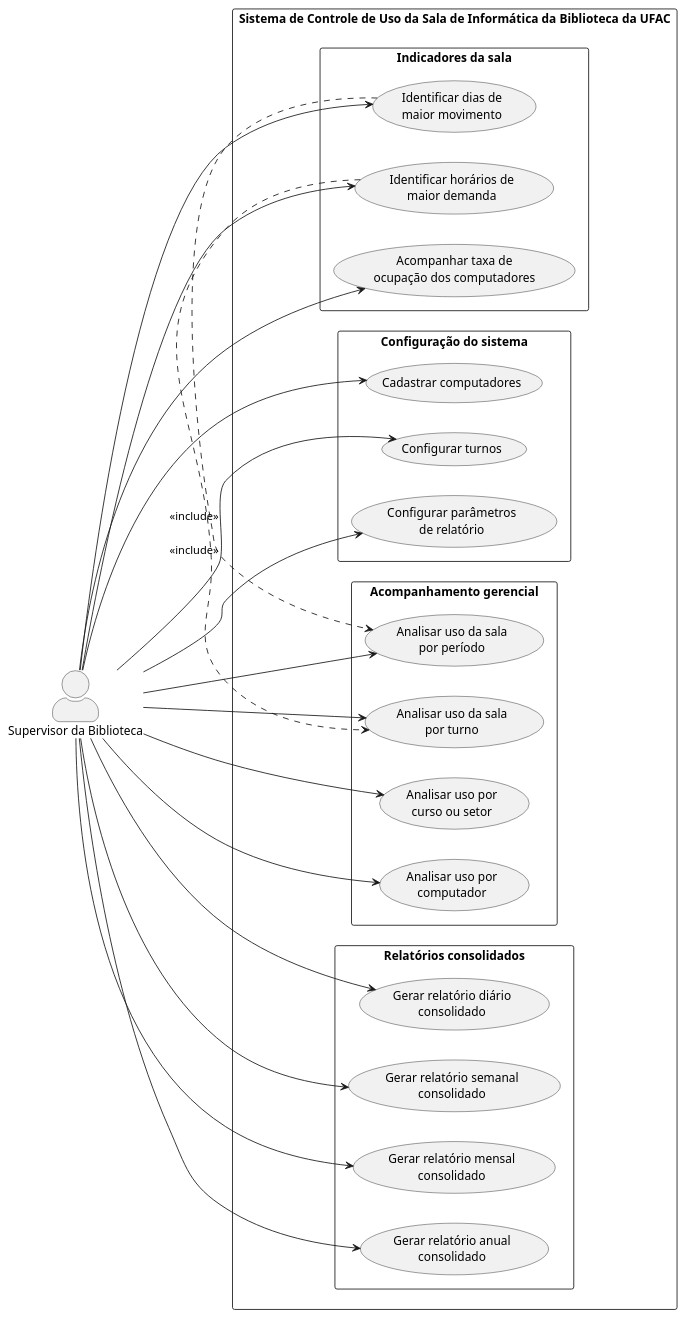
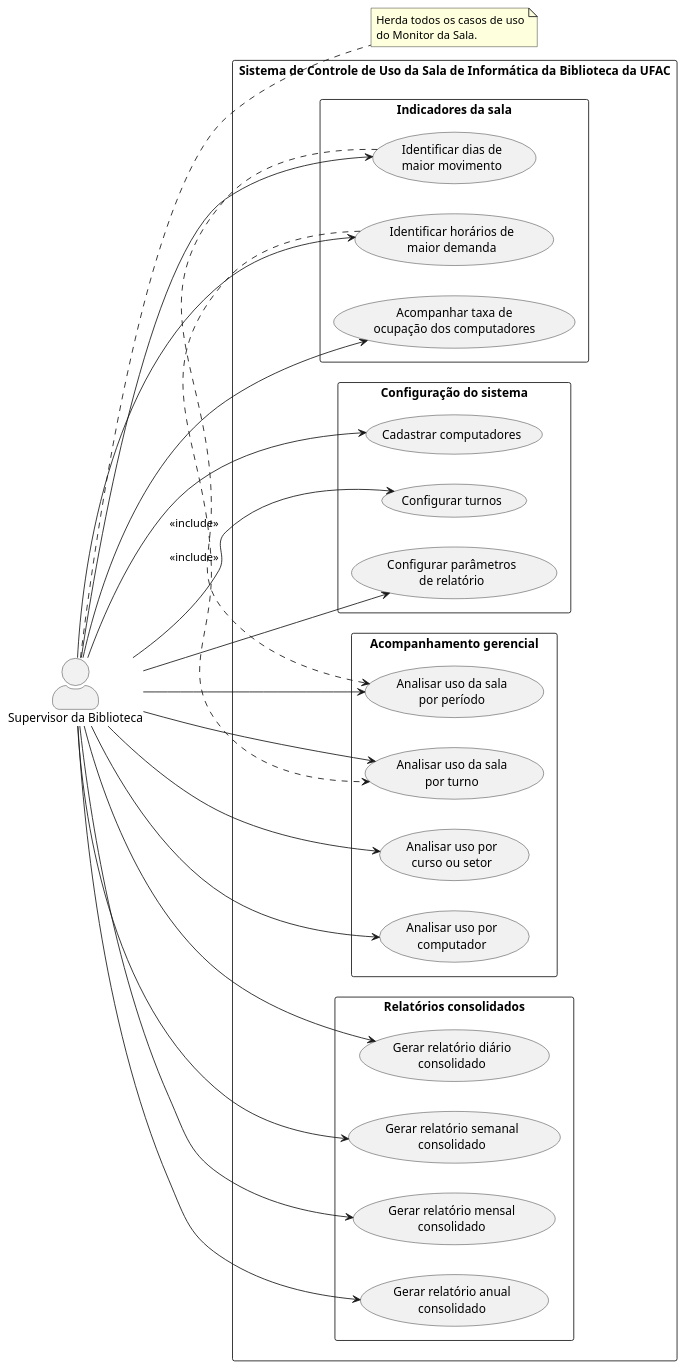
One commit to MarcosVini753/estagio changed the diagram in docs/diagrams/casos-de-uso/supervisor.puml. Above: the diagram before and after it, drawn with PlantUML. The commit also changed 27 other files, not shown here.

Commit message:
feat: renomear 'Estagiário' para 'Monitor da Sala' em toda a documentação e código

```diff
--- a/docs/diagrams/casos-de-uso/supervisor.puml
+++ b/docs/diagrams/casos-de-uso/supervisor.puml
@@ -1,57 +1,62 @@
 @startuml
 left to right direction
 
 skinparam packageStyle rectangle
 skinparam actorStyle awesome
 
 actor "Supervisor da Biblioteca" as Supervisor
 
 rectangle "Sistema de Controle de Uso da Sala de Informática da Biblioteca da UFAC" {
 
   package "Configuração do sistema" {
     usecase "Cadastrar computadores" as UC01
     usecase "Configurar turnos" as UC02
     usecase "Configurar parâmetros\nde relatório" as UC03
   }
 
   package "Acompanhamento gerencial" {
     usecase "Analisar uso da sala\npor período" as UC04
     usecase "Analisar uso da sala\npor turno" as UC05
     usecase "Analisar uso por\ncurso ou setor" as UC06
     usecase "Analisar uso por\ncomputador" as UC07
   }
 
   package "Indicadores da sala" {
     usecase "Identificar dias de\nmaior movimento" as UC08
     usecase "Identificar horários de\nmaior demanda" as UC09
     usecase "Acompanhar taxa de\nocupação dos computadores" as UC10
   }
 
   package "Relatórios consolidados" {
     usecase "Gerar relatório diário\nconsolidado" as UC11
     usecase "Gerar relatório semanal\nconsolidado" as UC12
     usecase "Gerar relatório mensal\nconsolidado" as UC13
     usecase "Gerar relatório anual\nconsolidado" as UC14
   }
 
 }
 
+note right of Supervisor
+  Herda todos os casos de uso
+  do Monitor da Sala.
+end note
+
 Supervisor --> UC01
 Supervisor --> UC02
 Supervisor --> UC03
 Supervisor --> UC04
 Supervisor --> UC05
 Supervisor --> UC06
 Supervisor --> UC07
 Supervisor --> UC08
 Supervisor --> UC09
 Supervisor --> UC10
 Supervisor --> UC11
 Supervisor --> UC12
 Supervisor --> UC13
 Supervisor --> UC14
 
 UC08 .> UC04 : <<include>>
 UC09 .> UC05 : <<include>>
 
 @enduml
```
